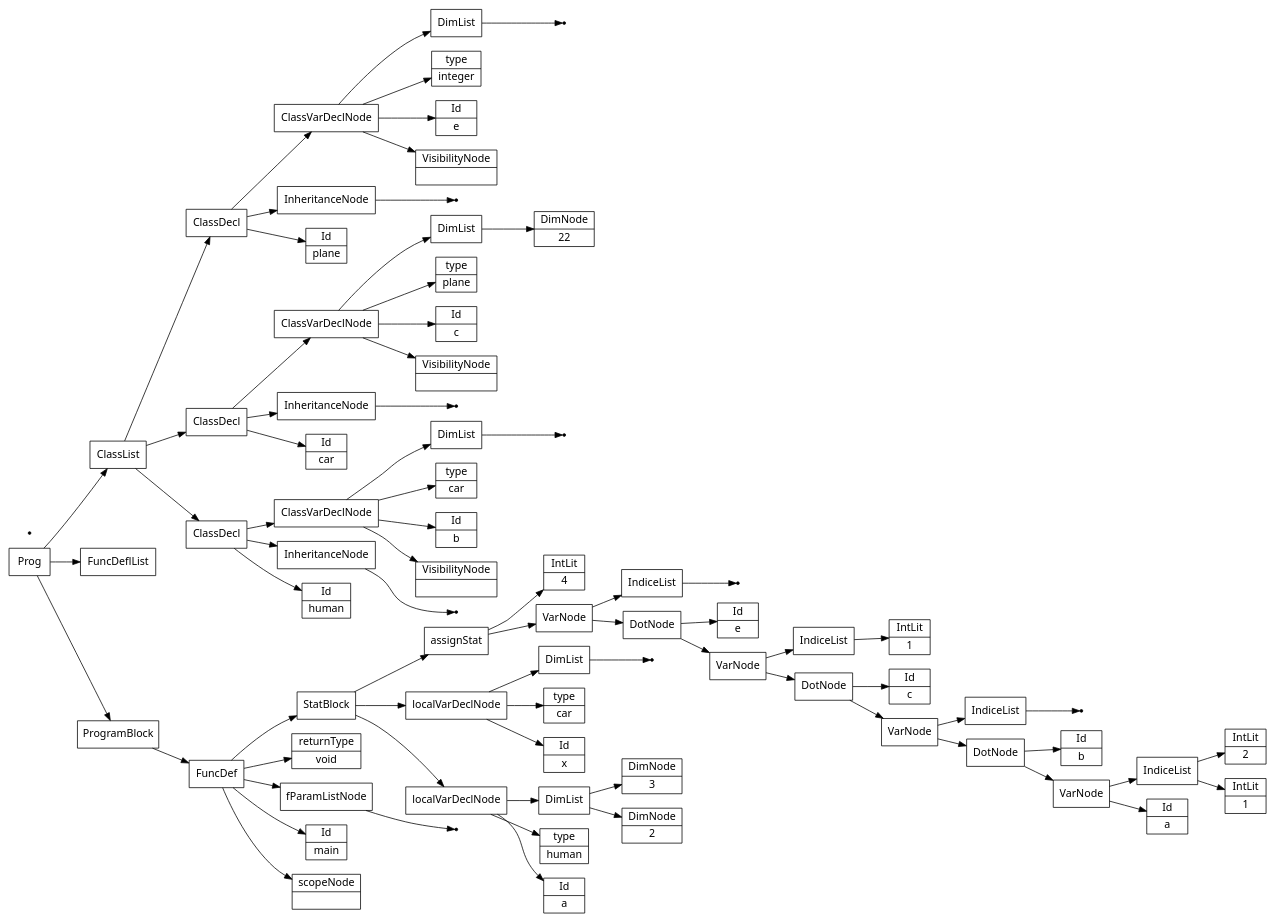
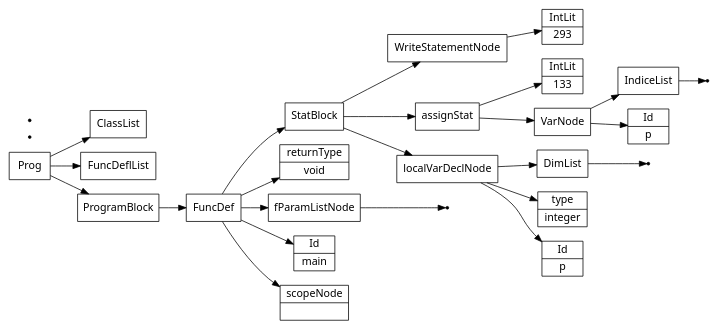
The diagram in files/semantictests/testc.src.ast.dot (Saf1u/Kompiler), drawn with Graphviz before and after one commit. The commit also changed 11 other files, not shown here.

```diff
--- a/files/semantictests/testc.src.ast.dot
+++ b/files/semantictests/testc.src.ast.dot
@@ -1,152 +1,53 @@
 digraph AST {
 node [shape=record];
  node [fontname=Sans];charset="UTF-8" splines=true splines=spline rankdir =LR ordering="out"
 1[label="scopeNode| "];
 none3[shape="point"];
 4[label="fParamListNode"];
 4->none3;
 5[label="returnType|void"];
-7[label="Id|a"];
-8[label="type|human"];
-10[label="DimNode|2"];
-11[label="DimNode|3"];
-12[label="DimList"];
+7[label="Id|p"];
+8[label="type|integer"];
+none10[shape="point"];
+11[label="DimList"];
+11->none10;
+12[label="localVarDeclNode"];
 12->11;
-12->10;
-13[label="localVarDeclNode"];
-13->12;
-13->8;
-13->7;
-14[label="Id|x"];
-15[label="type|car"];
-none17[shape="point"];
-18[label="DimList"];
-18->none17;
-19[label="localVarDeclNode"];
+12->8;
+12->7;
+13[label="Id|p"];
+none15[shape="point"];
+16[label="IndiceList"];
+16->none15;
+17[label="VarNode"];
+17->16;
+17->13;
+18[label="IntLit|133"];
+19[label="assignStat"];
 19->18;
-19->15;
-19->14;
-20[label="Id|a"];
-22[label="IntLit|1"];
-23[label="IntLit|2"];
-24[label="IndiceList"];
-24->23;
-24->22;
-25[label="VarNode"];
-25->24;
-25->20;
-26[label="Id|b"];
-27[label="DotNode"];
-27->26;
-27->25;
+19->17;
+20[label="IntLit|293"];
+21[label="WriteStatementNode"];
+21->20;
+22[label="StatBlock"];
+22->21;
+22->19;
+22->12;
+23[label="FuncDef"];
+0[label="Id|main"];
+23->22;
+23->5;
+23->4;
+23->0;
+23->1;
+24[label="ClassList"];
+25[label="FuncDeflList"];
+26[label="Prog"];
+27[label="ProgramBlock"];
+27->23;
+none28[shape="point"];
 none29[shape="point"];
-30[label="IndiceList"];
-30->none29;
-31[label="VarNode"];
-31->30;
-31->27;
-32[label="Id|c"];
-33[label="DotNode"];
-33->32;
-33->31;
-35[label="IntLit|1"];
-36[label="IndiceList"];
-36->35;
-37[label="VarNode"];
-37->36;
-37->33;
-38[label="Id|e"];
-39[label="DotNode"];
-39->38;
-39->37;
-none41[shape="point"];
-42[label="IndiceList"];
-42->none41;
-43[label="VarNode"];
-43->42;
-43->39;
-44[label="IntLit|4"];
-45[label="assignStat"];
-45->44;
-45->43;
-46[label="StatBlock"];
-46->45;
-46->19;
-46->13;
-47[label="FuncDef"];
-0[label="Id|main"];
-47->46;
-47->5;
-47->4;
-47->0;
-47->1;
-48[label="Id|human"];
-none50[shape="point"];
-51[label="InheritanceNode"];
-51->none50;
-52[label="VisibilityNode|"];
-53[label="Id|b"];
-54[label="type|car"];
-none56[shape="point"];
-57[label="DimList"];
-57->none56;
-58[label="ClassVarDeclNode"];
-58->57;
-58->54;
-58->53;
-58->52;
-59[label="ClassDecl"];
-59->58;
-59->51;
-59->48;
-60[label="Id|car"];
-none62[shape="point"];
-63[label="InheritanceNode"];
-63->none62;
-64[label="VisibilityNode|"];
-65[label="Id|c"];
-66[label="type|plane"];
-68[label="DimNode|22"];
-69[label="DimList"];
-69->68;
-70[label="ClassVarDeclNode"];
-70->69;
-70->66;
-70->65;
-70->64;
-71[label="ClassDecl"];
-71->70;
-71->63;
-71->60;
-72[label="Id|plane"];
-none74[shape="point"];
-75[label="InheritanceNode"];
-75->none74;
-76[label="VisibilityNode|"];
-77[label="Id|e"];
-78[label="type|integer"];
-none80[shape="point"];
-81[label="DimList"];
-81->none80;
-82[label="ClassVarDeclNode"];
-82->81;
-82->78;
-82->77;
-82->76;
-83[label="ClassDecl"];
-83->82;
-83->75;
-83->72;
-84[label="ClassList"];
-85[label="FuncDeflList"];
-86[label="Prog"];
-87[label="ProgramBlock"];
-84->83;
-84->71;
-84->59;
-87->47;
-none88[shape="point"];
-86->84;
-86->85;
-86->87;
+26->24;
+26->25;
+26->27;
 }
```
